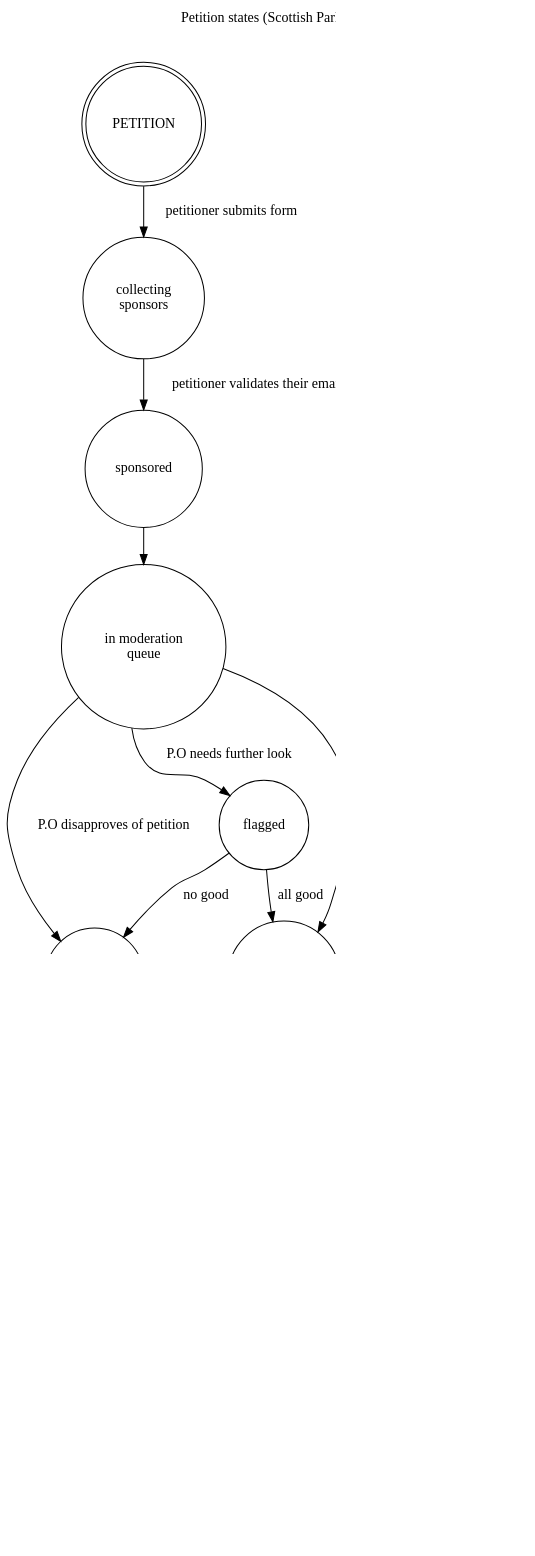
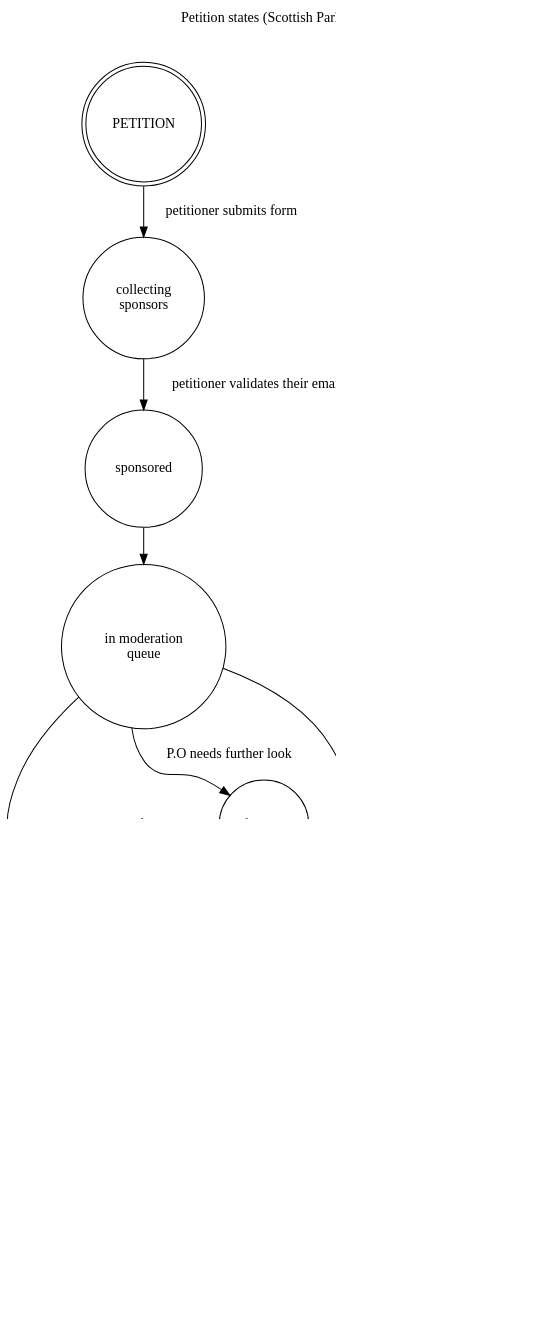
Before and after one commit to SeneddCymru/e-petitions: the diagram in docs/petition-states.dot, drawn with Graphviz. The commit also changed 1 other file, not shown here.

Commit message:
Update petition state diagram

```diff
--- a/docs/petition-states.dot
+++ b/docs/petition-states.dot
@@ -1,37 +1,32 @@
 // petition states diagram
 // 1. install graphviz
 // 2. compile with: `dot -Tpng ./petition-states.dot -o ./petition-states.png`
 
 digraph{
         labelloc=t
         label="Petition states (Scottish Parliament)\n\n\n"
         dpi=120
 
         node[shape=circle]
 
         PETITION[shape="doublecircle"]
         collecting_sponsors[label="collecting\nsponsors"]
         sponsored
         in_moderation_queue[label="in moderation\nqueue"]
         flagged
         rejected
         published
-        collecting_signatures[label="collecting\nsignatures"]
-        not_collecting_signatures[label="not collecting\nsignatures"]
         under_consideration[label="under\nconsideration\n by the P.O"]
         closed
 
         PETITION -> collecting_sponsors[label=" petitioner submits form"]
         collecting_sponsors -> sponsored[label=" petitioner validates their email"]
         sponsored -> in_moderation_queue
         in_moderation_queue -> published[label=" P.O approves of the petition"]
         in_moderation_queue -> flagged[label=" P.O needs further look     "]
         in_moderation_queue -> rejected[label= "P.O disapproves of petition"]
         flagged -> rejected[label=" no good       "]
         flagged -> published[label=" all good"]
-        published -> collecting_signatures[label=" with signatures             "]
-        published -> not_collecting_signatures[label=" without signatures"]
-        collecting_signatures -> under_consideration[label=" signatures deadline reached         "]
-        not_collecting_signatures -> under_consideration[label=" immediately"]
+        published -> under_consideration
         under_consideration -> closed[label=" regardless of outcome"]
 }
```
